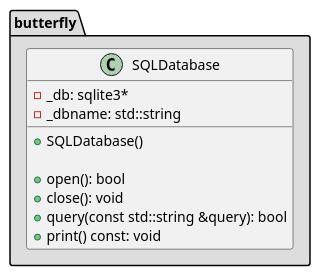
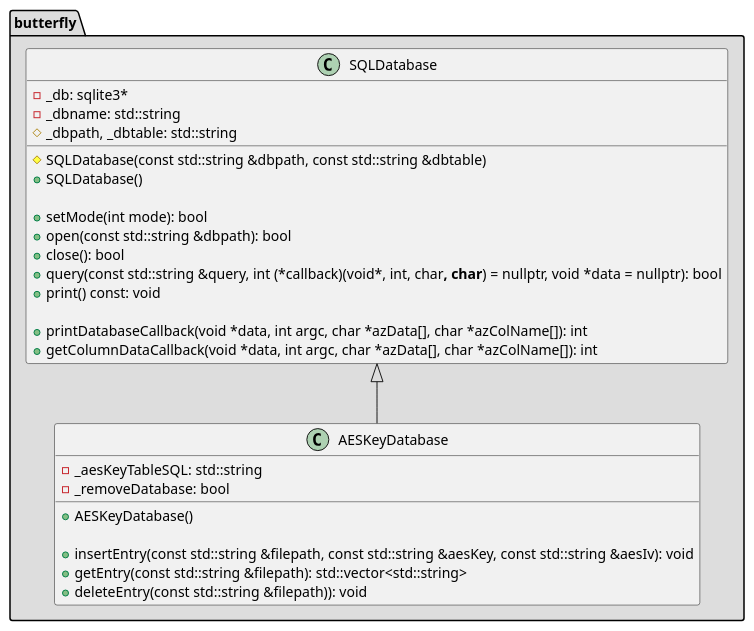
The diagram in architecture/class_diagrams/sqlDatabase.puml (bierschi/butterfly), drawn with PlantUML before and after one commit. The commit also changed 4 other files, not shown here.

Commit message:
Updated the architecture

```diff
--- a/architecture/class_diagrams/sqlDatabase.puml
+++ b/architecture/class_diagrams/sqlDatabase.puml
@@ -1,21 +1,41 @@
 @startuml
 'https://plantuml.com/sequence-diagram
 
 package butterfly #DDDDDD
 {
 
 class SQLDatabase
 {
     -_db: sqlite3*
     -_dbname: std::string
+    #_dbpath, _dbtable: std::string
 
+    #SQLDatabase(const std::string &dbpath, const std::string &dbtable)
     +SQLDatabase()
 
-    +open(): bool
-    +close(): void
-    +query(const std::string &query): bool
+    +setMode(int mode): bool
+    +open(const std::string &dbpath): bool
+    +close(): bool
+    +query(const std::string &query, int (*callback)(void*, int, char**, char**) = nullptr, void *data = nullptr): bool
     +print() const: void
+
+    +printDatabaseCallback(void *data, int argc, char *azData[], char *azColName[]): int
+    +getColumnDataCallback(void *data, int argc, char *azData[], char *azColName[]): int
 }
+
+class AESKeyDatabase
+{
+    -_aesKeyTableSQL: std::string
+    -_removeDatabase: bool
+
+    +AESKeyDatabase()
+
+    +insertEntry(const std::string &filepath, const std::string &aesKey, const std::string &aesIv): void
+    +getEntry(const std::string &filepath): std::vector<std::string>
+    +deleteEntry(const std::string &filepath)): void
+}
+
+SQLDatabase <|-- AESKeyDatabase
 
 }
 @enduml
```
